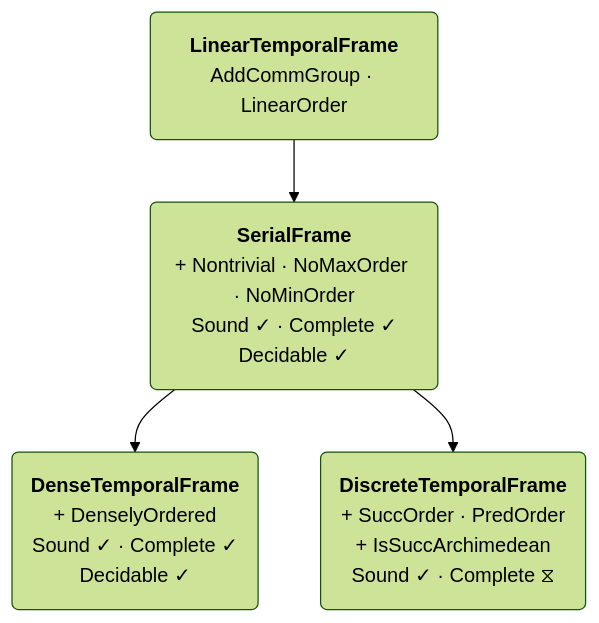
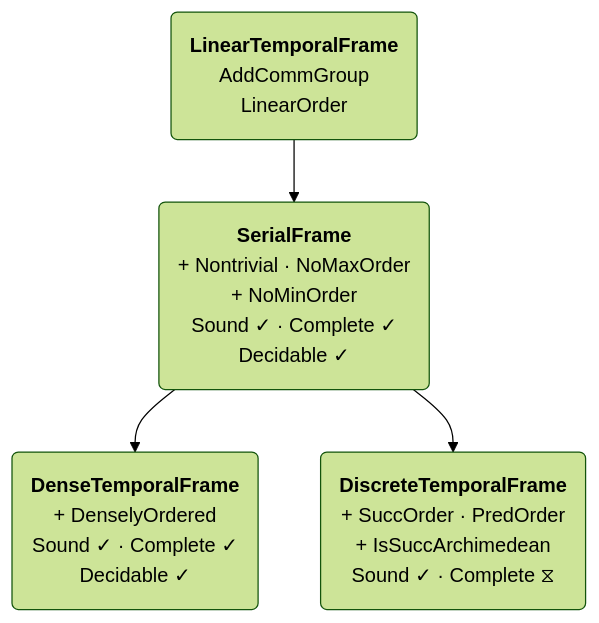
Before and after one commit to benbrastmckie/BimodalLogic: the diagram in README.md, drawn with Mermaid (forest theme).

````diff
--- a/README.md
+++ b/README.md
@@ -120,11 +120,11 @@
 ```mermaid
 graph TD
-    L("<b>LinearTemporalFrame</b><br/>AddCommGroup · LinearOrder")
-    S("<b>SerialFrame</b><br/>+ Nontrivial · NoMaxOrder · NoMinOrder<br/>Sound ✓ · Complete ✓<br/>Decidable ✓")
+    L("<b>LinearTemporalFrame</b><br/>AddCommGroup<br/>LinearOrder")
+    S("<b>SerialFrame</b><br/>+ Nontrivial · NoMaxOrder<br/>+ NoMinOrder<br/>Sound ✓ · Complete ✓<br/>Decidable ✓")
     D("<b>DenseTemporalFrame</b><br/>+ DenselyOrdered<br/>Sound ✓ · Complete ✓<br/>Decidable ✓")
     Z("<b>DiscreteTemporalFrame</b><br/>+ SuccOrder · PredOrder<br/>+ IsSuccArchimedean<br/>Sound ✓ · Complete ⧖")
 
     L --> S
     S --> D
     S --> Z
 ```
````
